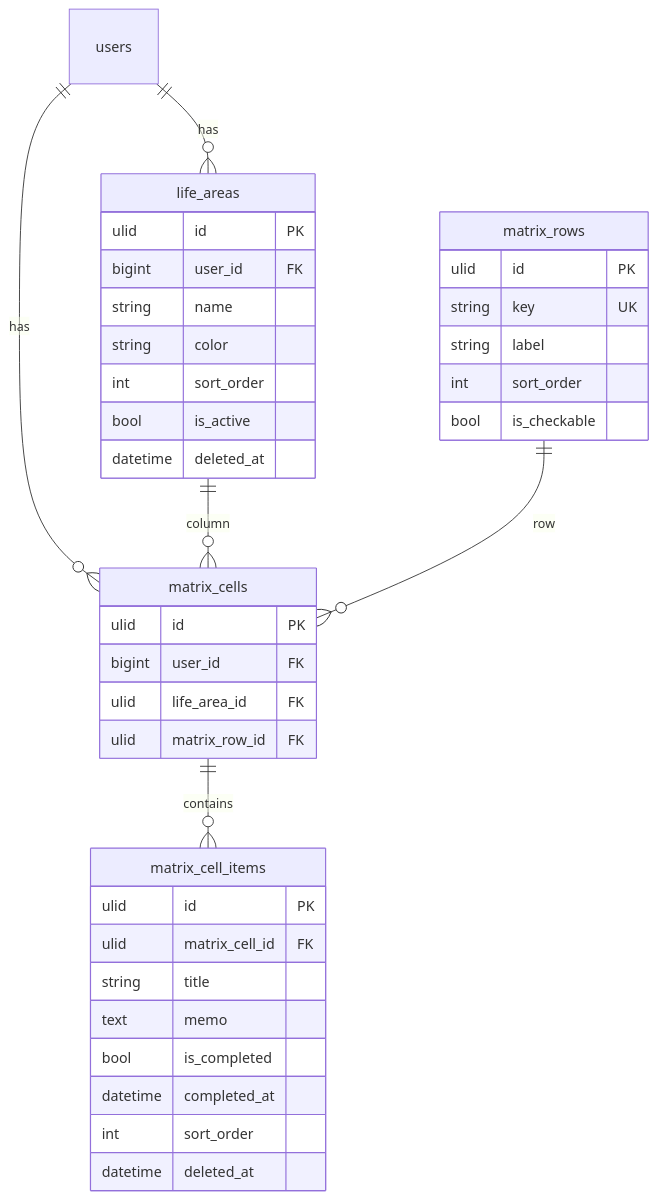
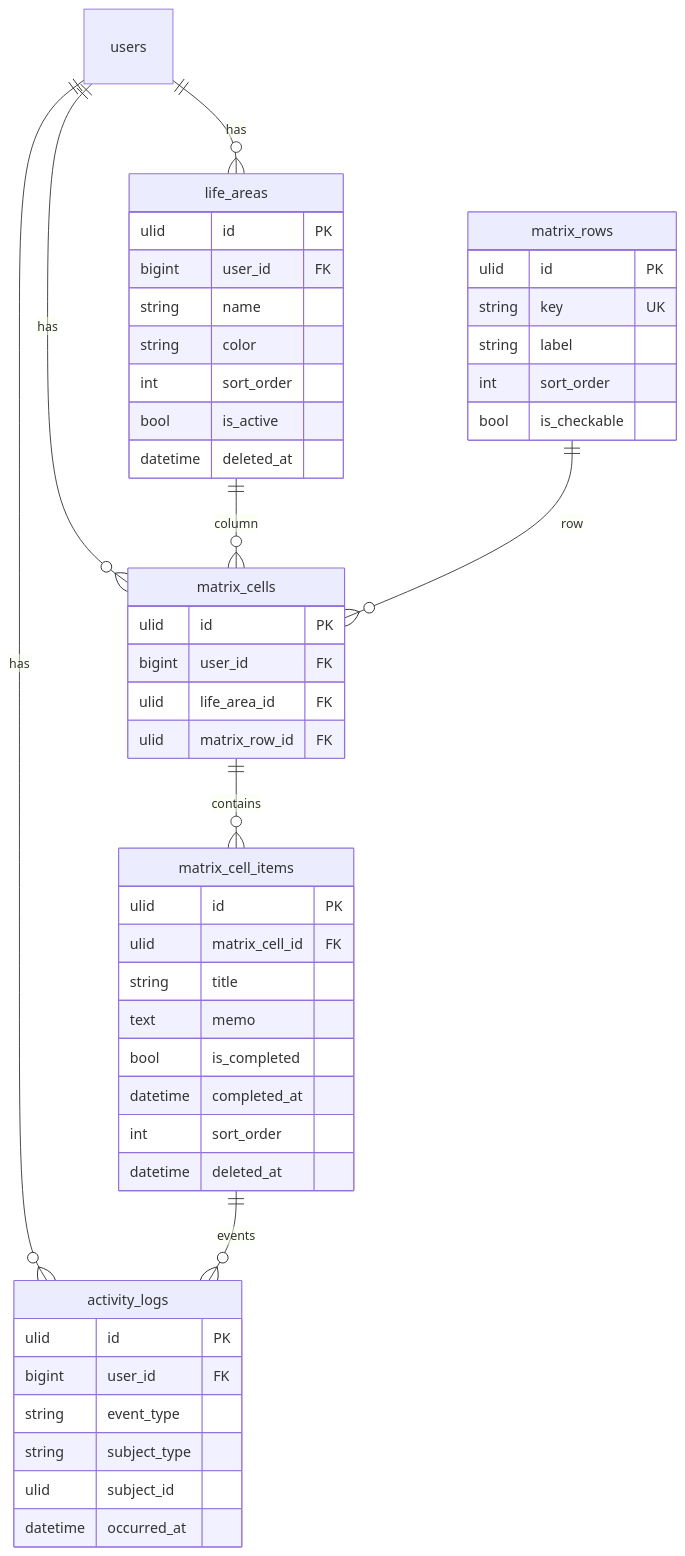
One commit to tai-namechan/Clear-Dawn-v0 changed the first of 2 diagrams in docs/data/er-overview.md. Above: the diagram before and after it, drawn with Mermaid. The commit also changed other lines of this file and 7 other files, not shown here.

Commit message:
docs: formalize activity_logs M1 recording and M3 history UI split

````diff
--- a/docs/data/er-overview.md
+++ b/docs/data/er-overview.md
@@ -8,41 +9,51 @@
 ```mermaid
 erDiagram
     users ||--o{ life_areas : has
     users ||--o{ matrix_cells : has
     life_areas ||--o{ matrix_cells : "column"
     matrix_rows ||--o{ matrix_cells : "row"
     matrix_cells ||--o{ matrix_cell_items : contains
+    users ||--o{ activity_logs : has
+    matrix_cell_items ||--o{ activity_logs : "events"
 
     life_areas {
         ulid id PK
         bigint user_id FK
         string name
         string color
         int sort_order
         bool is_active
         datetime deleted_at
     }
     matrix_rows {
         ulid id PK
         string key UK
         string label
         int sort_order
         bool is_checkable
     }
     matrix_cells {
         ulid id PK
         bigint user_id FK
         ulid life_area_id FK
         ulid matrix_row_id FK
     }
     matrix_cell_items {
         ulid id PK
         ulid matrix_cell_id FK
         string title
         text memo
         bool is_completed
         datetime completed_at
         int sort_order
         datetime deleted_at
     }
+    activity_logs {
+        ulid id PK
+        bigint user_id FK
+        string event_type
+        string subject_type
+        ulid subject_id
+        datetime occurred_at
+    }
 ```
````
